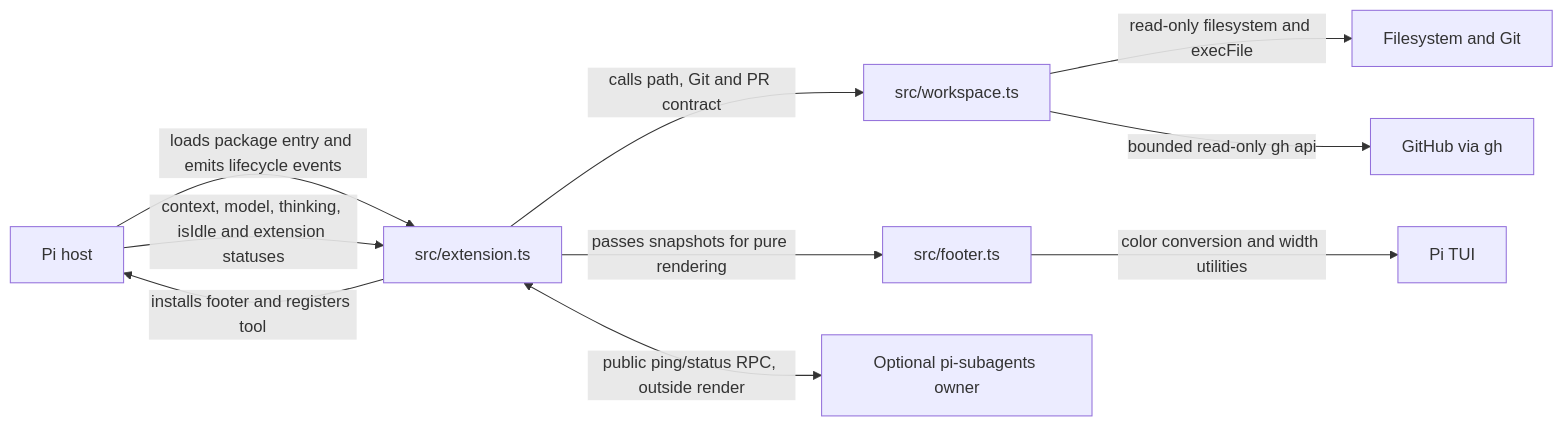
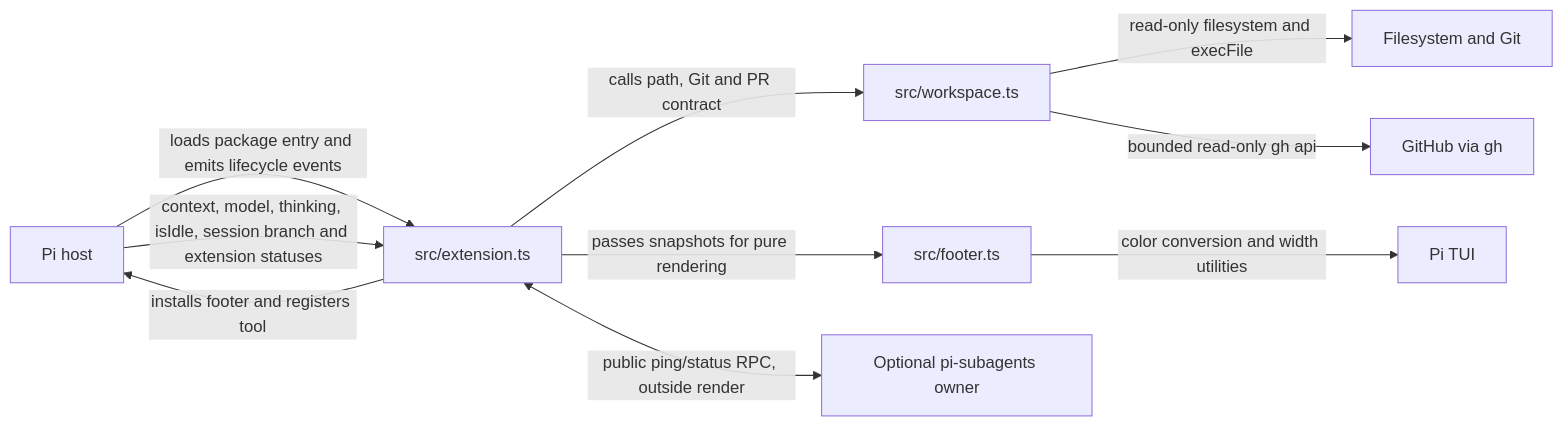
Before and after one commit to jigenator/industrial-os: the first of 2 diagrams in pi/status-bar/docs/architecture.md, drawn with Mermaid. The commit also changed other lines of this file and 7 other files, not shown here.

````diff
--- a/pi/status-bar/docs/architecture.md
+++ b/pi/status-bar/docs/architecture.md
@@ -8,12 +8,12 @@
 ```mermaid
 flowchart LR
   Host[Pi host] -->|loads package entry and emits lifecycle events| Extension[src/extension.ts]
   Extension -->|calls path, Git and PR contract| Workspace[src/workspace.ts]
   Extension -->|passes snapshots for pure rendering| Footer[src/footer.ts]
-  Host -->|context, model, thinking, isIdle and extension statuses| Extension
+  Host -->|context, model, thinking, isIdle, session branch and extension statuses| Extension
   Extension <-->|public ping/status RPC, outside render| Fleet[Optional pi-subagents owner]
   Workspace -->|read-only filesystem and execFile| Local[Filesystem and Git]
   Workspace -->|bounded read-only gh api| GitHub[GitHub via gh]
   Footer -->|color conversion and width utilities| TUI[Pi TUI]
   Extension -->|installs footer and registers tool| Host
 ```
````
